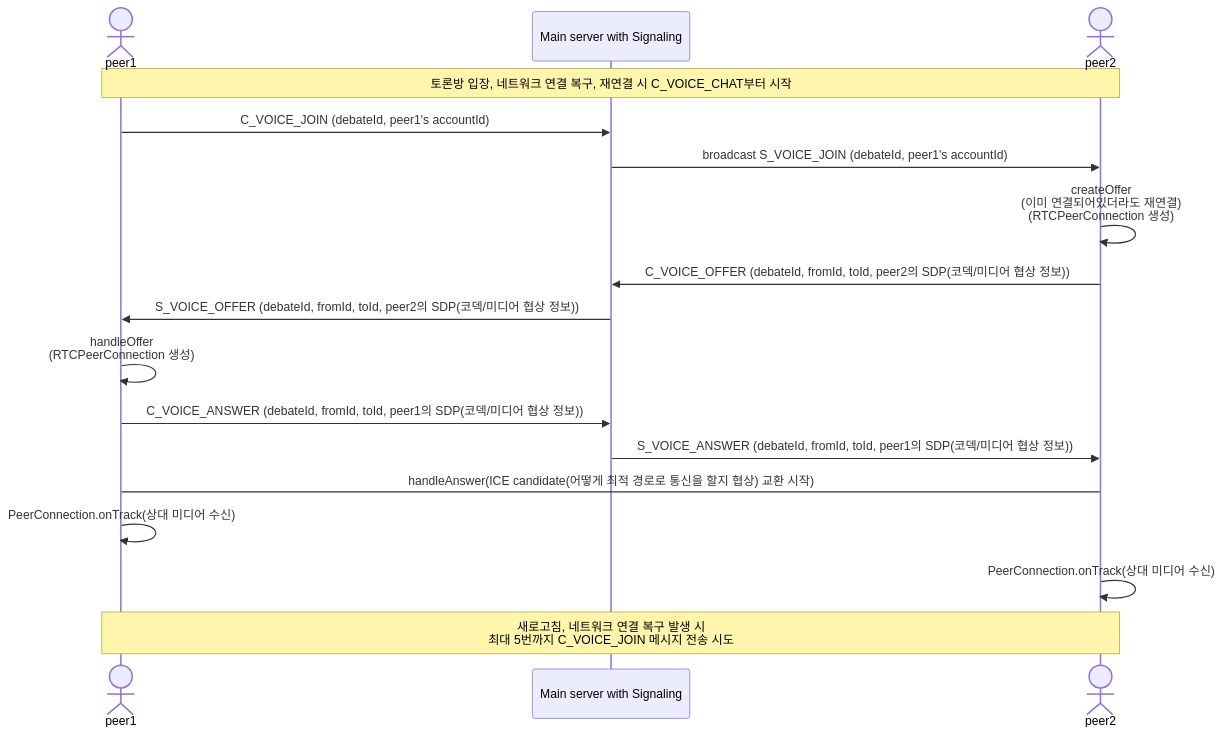
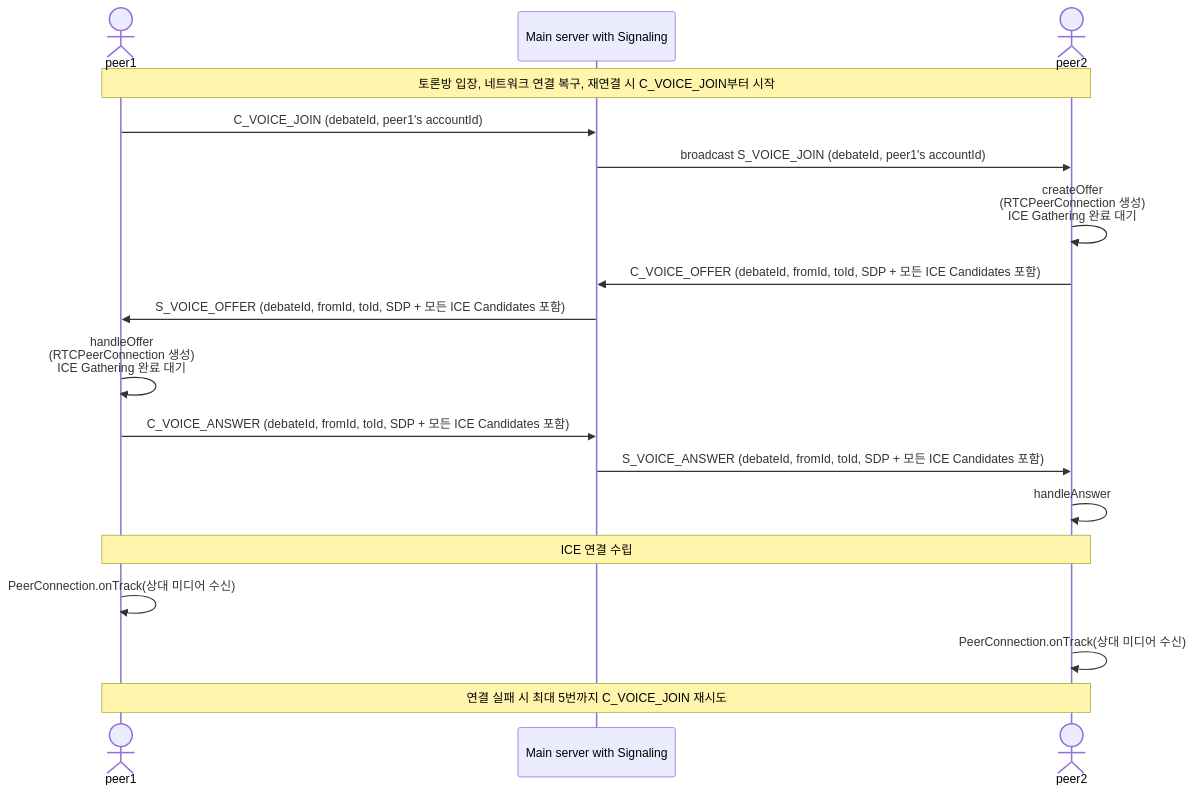
The diagram in README.md (hjch0211/book-talk), drawn with Mermaid before and after one commit. The commit also changed 6 other files, not shown here.

Commit message:
fix: async -> sync flow in voice chat

````diff
--- a/README.md
+++ b/README.md
@@ -85,21 +85,23 @@
 ```mermaid
 sequenceDiagram
-	actor p1 as peer1
-	participant s as Main server with Signaling
-	actor p2 as peer2
-	
-	note over p1, p2: 토론방 입장, 네트워크 연결 복구, 재연결 시 C_VOICE_CHAT부터 시작
-	p1->>s: C_VOICE_JOIN (debateId, peer1's accountId)
-	s->>p2: broadcast S_VOICE_JOIN (debateId, peer1's accountId)
-	p2->>p2: createOffer<br/>(이미 연결되어있더라도 재연결)<br/>(RTCPeerConnection 생성)
-	p2->>s: C_VOICE_OFFER (debateId, fromId, toId, peer2의 SDP(코덱/미디어 협상 정보))
-	s->>p1: S_VOICE_OFFER (debateId, fromId, toId, peer2의 SDP(코덱/미디어 협상 정보))
-	p1->>p1: handleOffer<br/>(RTCPeerConnection 생성)
-	p1->>s: C_VOICE_ANSWER (debateId, fromId, toId, peer1의 SDP(코덱/미디어 협상 정보))
-	s->>p2: S_VOICE_ANSWER (debateId, fromId, toId, peer1의 SDP(코덱/미디어 협상 정보))
-	p1->p2: handleAnswer(ICE candidate(어떻게 최적 경로로 통신을 할지 협상) 교환 시작)
-	p1->>p1: PeerConnection.onTrack(상대 미디어 수신)
-	p2->>p2: PeerConnection.onTrack(상대 미디어 수신)
-	
-	note over p1, p2: 새로고침, 네트워크 연결 복구 발생 시<br/>최대 5번까지 C_VOICE_JOIN 메시지 전송 시도
+    actor p1 as peer1
+    participant s as Main server with Signaling
+    actor p2 as peer2
+    
+    note over p1, p2: 토론방 입장, 네트워크 연결 복구, 재연결 시 C_VOICE_JOIN부터 시작
+    p1->>s: C_VOICE_JOIN (debateId, peer1's accountId)
+    s->>p2: broadcast S_VOICE_JOIN (debateId, peer1's accountId)
+    p2->>p2: createOffer<br/>(RTCPeerConnection 생성)<br/>ICE Gathering 완료 대기
+    p2->>s: C_VOICE_OFFER (debateId, fromId, toId, SDP + 모든 ICE Candidates 포함)
+    s->>p1: S_VOICE_OFFER (debateId, fromId, toId, SDP + 모든 ICE Candidates 포함)
+    p1->>p1: handleOffer<br/>(RTCPeerConnection 생성)<br/>ICE Gathering 완료 대기
+    p1->>s: C_VOICE_ANSWER (debateId, fromId, toId, SDP + 모든 ICE Candidates 포함)
+    s->>p2: S_VOICE_ANSWER (debateId, fromId, toId, SDP + 모든 ICE Candidates 포함)
+    p2->>p2: handleAnswer
+    
+    note over p1, p2: ICE 연결 수립
+    p1->>p1: PeerConnection.onTrack(상대 미디어 수신)
+    p2->>p2: PeerConnection.onTrack(상대 미디어 수신)
+    
+    note over p1, p2: 연결 실패 시 최대 5번까지 C_VOICE_JOIN 재시도
 ```
````
